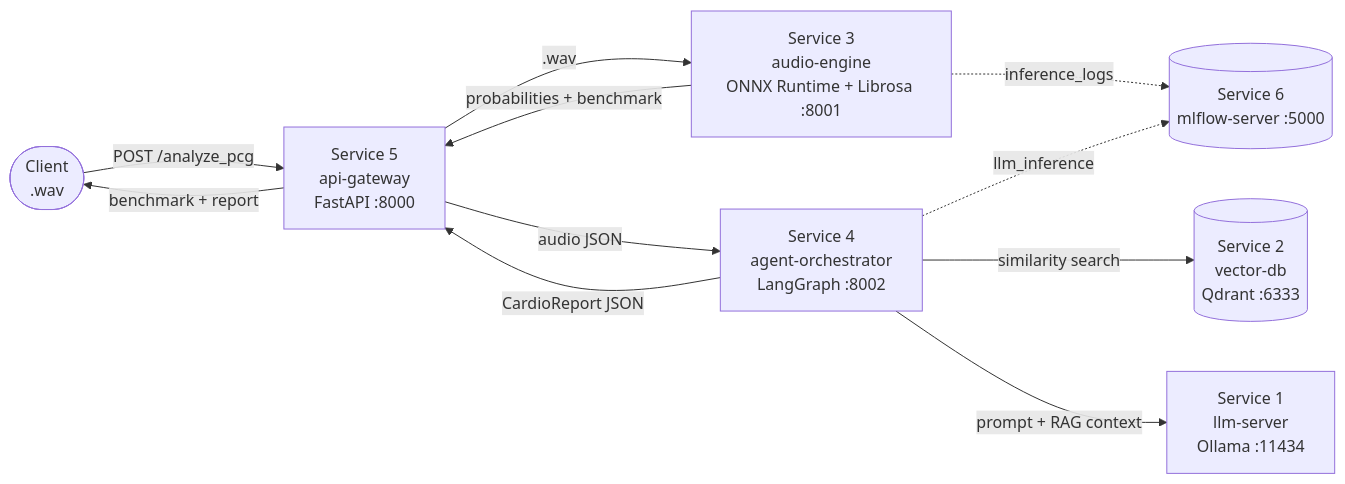
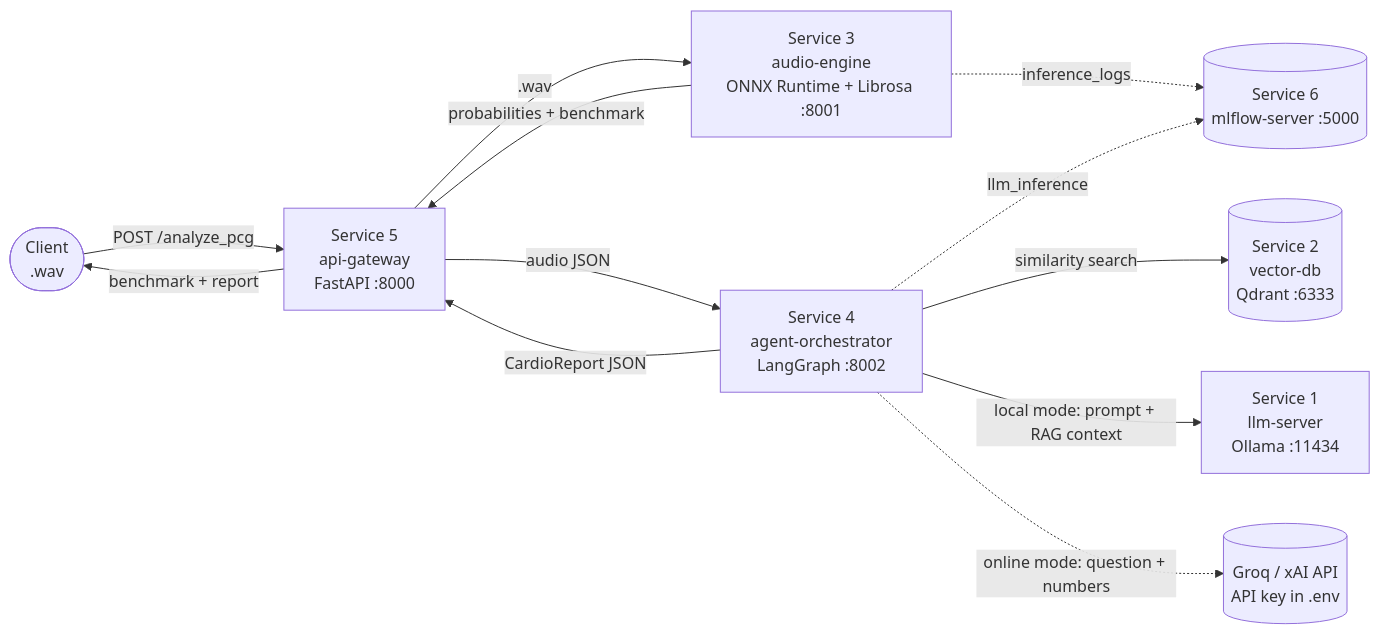
The diagram in README.md (Farah-Belghith2710/CardioAgent), drawn with Mermaid before and after one commit. The commit also changed other lines of this file and 16 other files, not shown here.

First line of the commit message:
Online LLM with an API key (Groq / xAI), local Ollama mode kept behind one switch

````diff
--- a/README.md
+++ b/README.md
@@ -14,13 +15,14 @@
 ```mermaid
 flowchart LR
     client([Client<br/>.wav]) -->|POST /analyze_pcg| gw[Service 5<br/>api-gateway<br/>FastAPI :8000]
     gw -->|.wav| ae[Service 3<br/>audio-engine<br/>ONNX Runtime + Librosa :8001]
     ae -->|probabilities + benchmark| gw
     gw -->|audio JSON| orch[Service 4<br/>agent-orchestrator<br/>LangGraph :8002]
     orch -->|similarity search| vdb[(Service 2<br/>vector-db<br/>Qdrant :6333)]
-    orch -->|prompt + RAG context| llm[Service 1<br/>llm-server<br/>Ollama :11434]
+    orch -->|local mode: prompt + RAG context| llm[Service 1<br/>llm-server<br/>Ollama :11434]
+    orch -.->|online mode: question + numbers| cloud[(Groq / xAI API<br/>API key in .env)]
     ae -.->|inference_logs| mlf[(Service 6<br/>mlflow-server :5000)]
     orch -.->|llm_inference| mlf
     orch -->|CardioReport JSON| gw
     gw -->|benchmark + report| client
 ```
````
